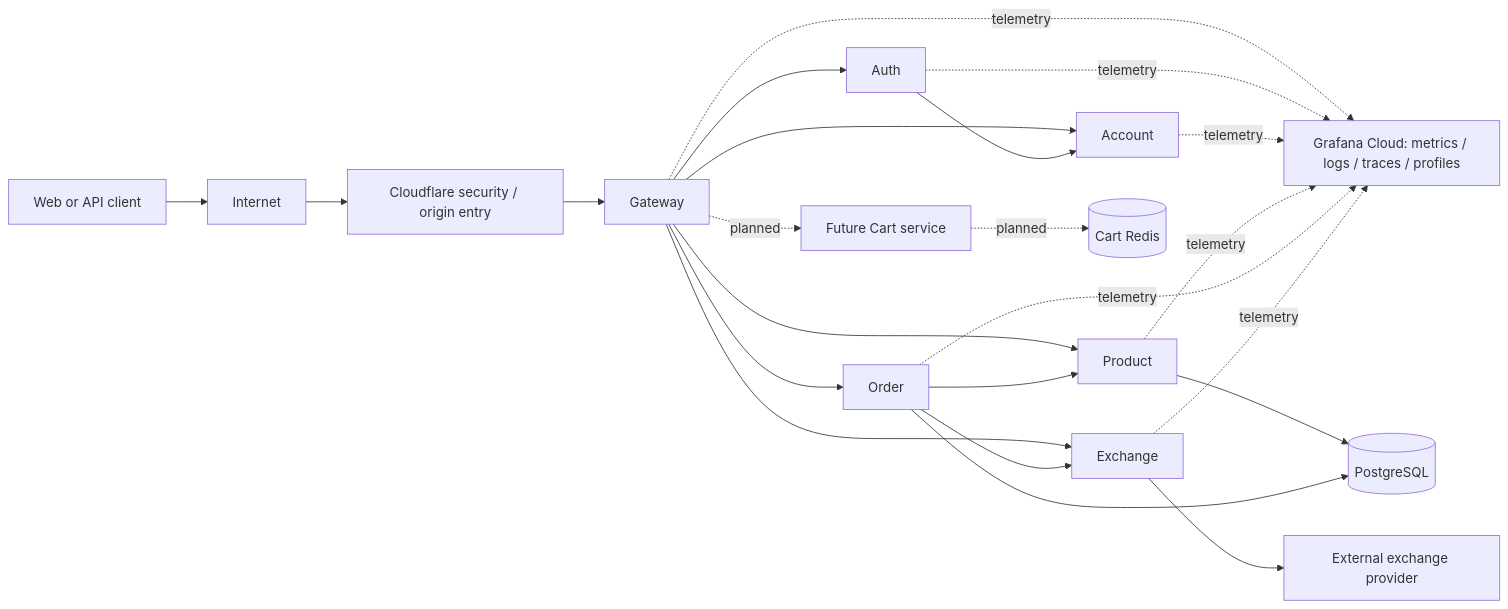
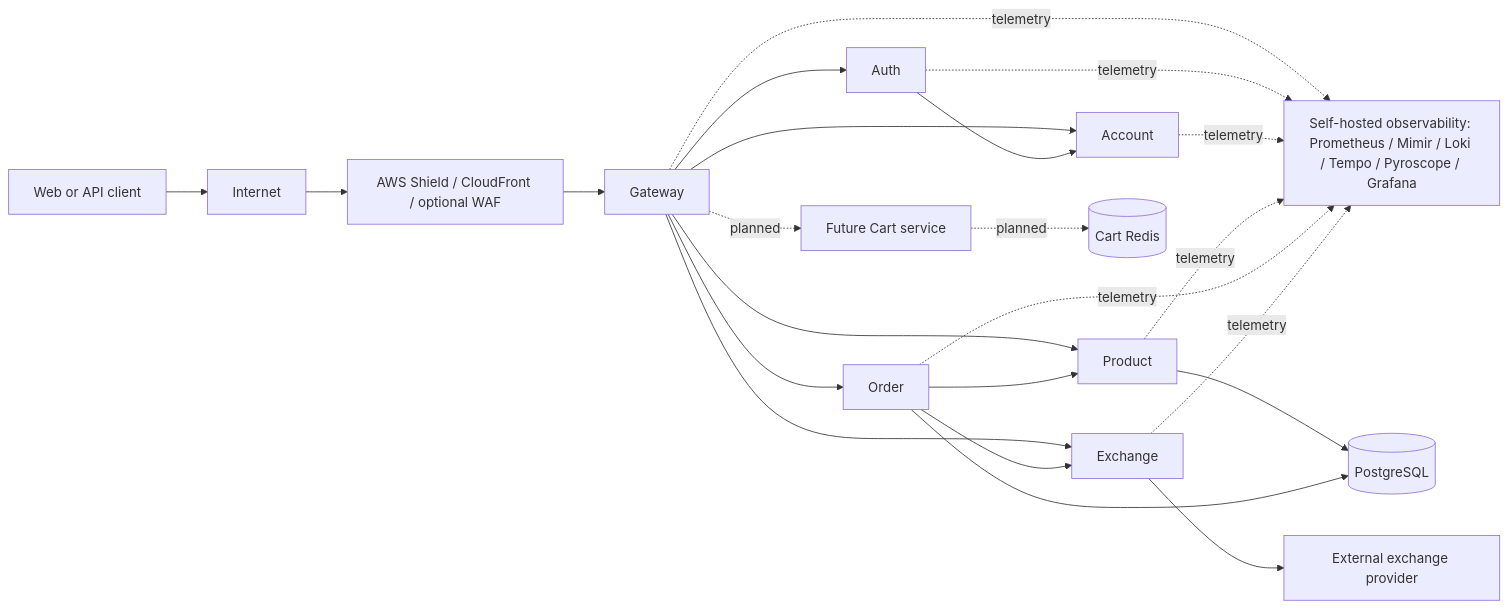
Before and after one commit to Microsserv52/platform: the first of 5 diagrams in docs/project/architecture.md, drawn with Mermaid. The commit also changed other lines of this file and 57 other files, not shown here.

First line of the commit message:
feat(observability): self-host the full stack with OTel and Faro

````diff
--- a/docs/project/architecture.md
+++ b/docs/project/architecture.md
@@ -30,36 +30,36 @@
 ```mermaid
 flowchart LR
     user[Web or API client]
     internet[Internet]
-    edge[Cloudflare security / origin entry]
+    edge[AWS Shield / CloudFront / optional WAF]
     gateway[Gateway]
     auth[Auth]
     account[Account]
     product[Product]
     order[Order]
     exchange[Exchange]
     database[(PostgreSQL)]
     provider[External exchange provider]
-    observability[Grafana Cloud: metrics / logs / traces / profiles]
+    observability[Self-hosted observability: Prometheus / Mimir / Loki / Tempo / Pyroscope / Grafana]
 
     user --> internet --> edge --> gateway
     gateway --> auth
     gateway --> account
     gateway --> product
     gateway --> order
     gateway -. planned .-> cart[Future Cart service]
     cart -. planned .-> redis[(Cart Redis)]
     gateway --> exchange
     auth --> account
     product --> database
     order --> database
     order --> product
     order --> exchange
     exchange --> provider
     gateway -. telemetry .-> observability
     auth -. telemetry .-> observability
     account -. telemetry .-> observability
     product -. telemetry .-> observability
     order -. telemetry .-> observability
     exchange -. telemetry .-> observability
 ```
````
